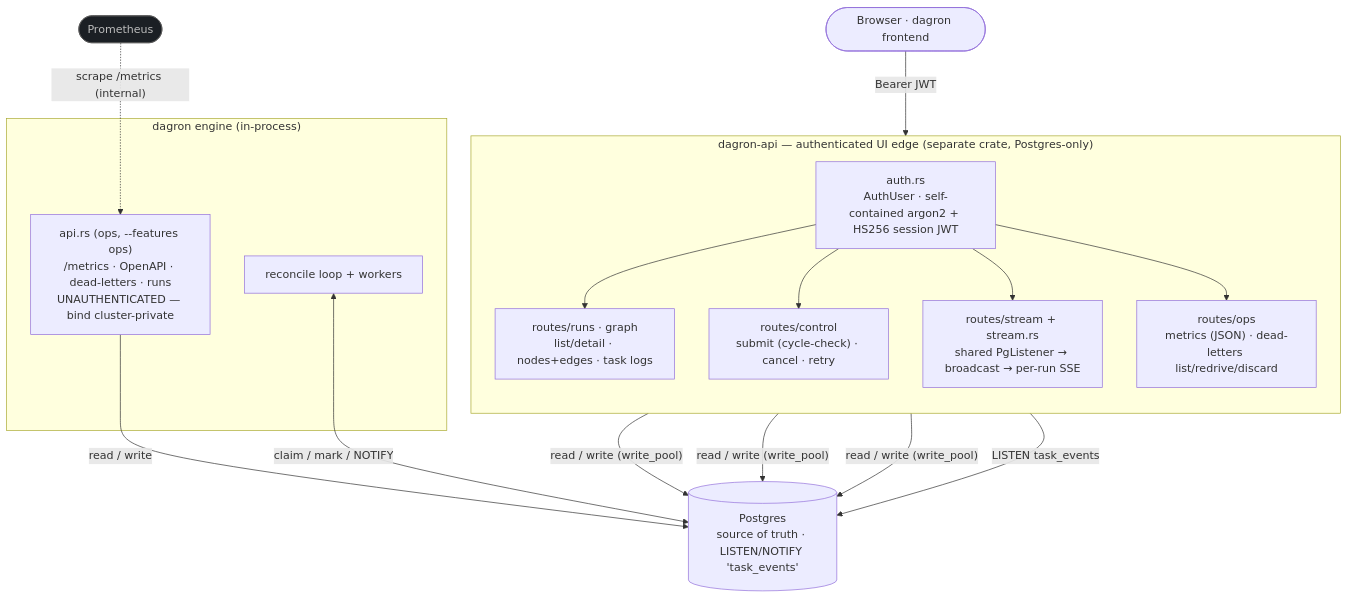
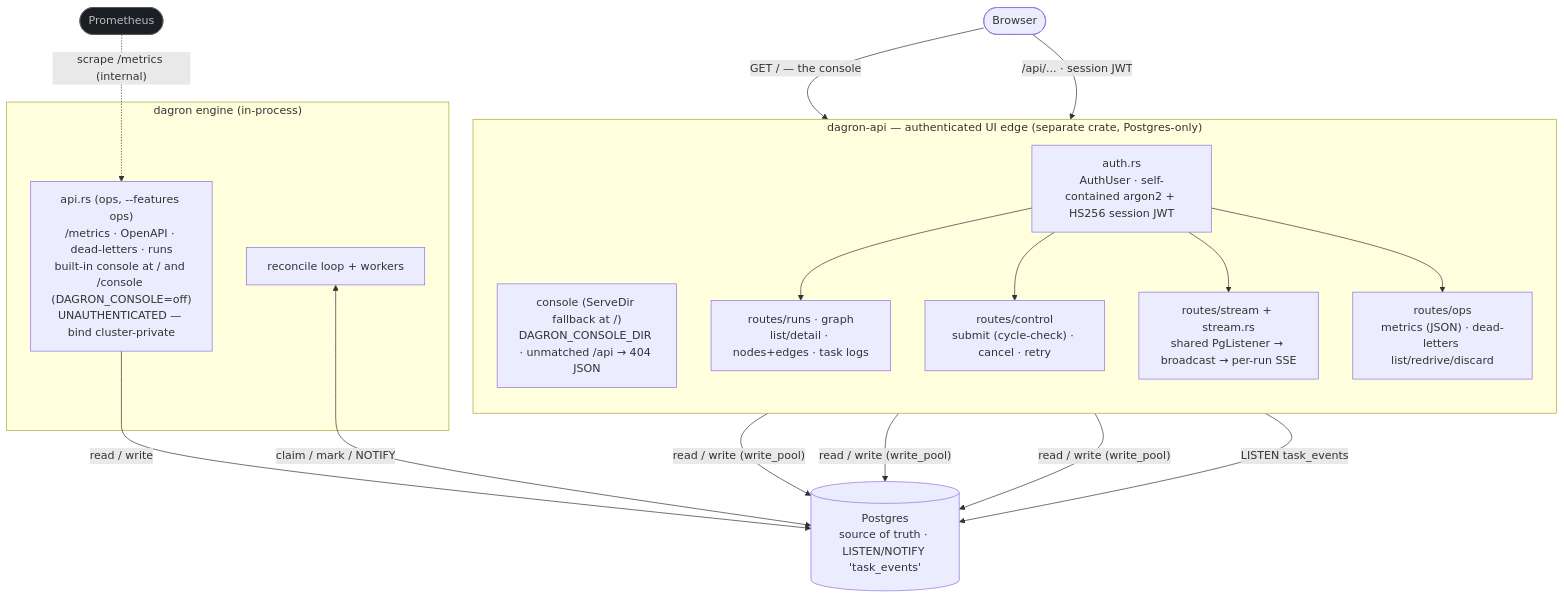
Before and after one commit to lucheeseng827/dagron: the third of 14 diagrams in docs/ARCHITECTURE.md, drawn with Mermaid. The commit also changed other lines of this file and 198 other files, not shown here.

````diff
--- a/docs/ARCHITECTURE.md
+++ b/docs/ARCHITECTURE.md
@@ -214,31 +221,33 @@
 ```mermaid
 flowchart TB
-    browser([Browser · dagron frontend])
+    browser([Browser])
 
     subgraph gw["dagron-api — authenticated UI edge (separate crate, Postgres-only)"]
         direction TB
+        gconsole["console (ServeDir fallback at /)<br/>DAGRON_CONSOLE_DIR · unmatched /api → 404 JSON"]
         gauth["auth.rs<br/>AuthUser · self-contained argon2 + HS256 session JWT"]
         gread["routes/runs · graph<br/>list/detail · nodes+edges · task logs"]
         gctl["routes/control<br/>submit (cycle-check) · cancel · retry"]
         gstream["routes/stream + stream.rs<br/>shared PgListener → broadcast → per-run SSE"]
         gops["routes/ops<br/>metrics (JSON) · dead-letters list/redrive/discard"]
     end
 
     subgraph engine["dagron engine (in-process)"]
-        eapi["api.rs (ops, --features ops)<br/>/metrics · OpenAPI · dead-letters · runs<br/>UNAUTHENTICATED — bind cluster-private"]
+        eapi["api.rs (ops, --features ops)<br/>/metrics · OpenAPI · dead-letters · runs<br/>built-in console at / and /console (DAGRON_CONSOLE=off)<br/>UNAUTHENTICATED — bind cluster-private"]
         loop["reconcile loop + workers"]
     end
 
     db[("Postgres<br/>source of truth · LISTEN/NOTIFY 'task_events'")]
     prom([Prometheus]):::ext
 
-    browser -->|"Bearer JWT"| gauth
+    browser -->|"GET / — the console"| gconsole
+    browser -->|"/api/... · session JWT"| gauth
     gauth --> gread & gctl & gstream & gops
     gread & gctl & gops -->|"read / write (write_pool)"| db
     gstream -->|"LISTEN task_events"| db
     eapi -->|"read / write"| db
     loop <-->|"claim / mark / NOTIFY"| db
     prom -.->|"scrape /metrics (internal)"| eapi
 
     classDef ext fill:#1b1f24,stroke:#555,color:#bbb;
 ```
````
